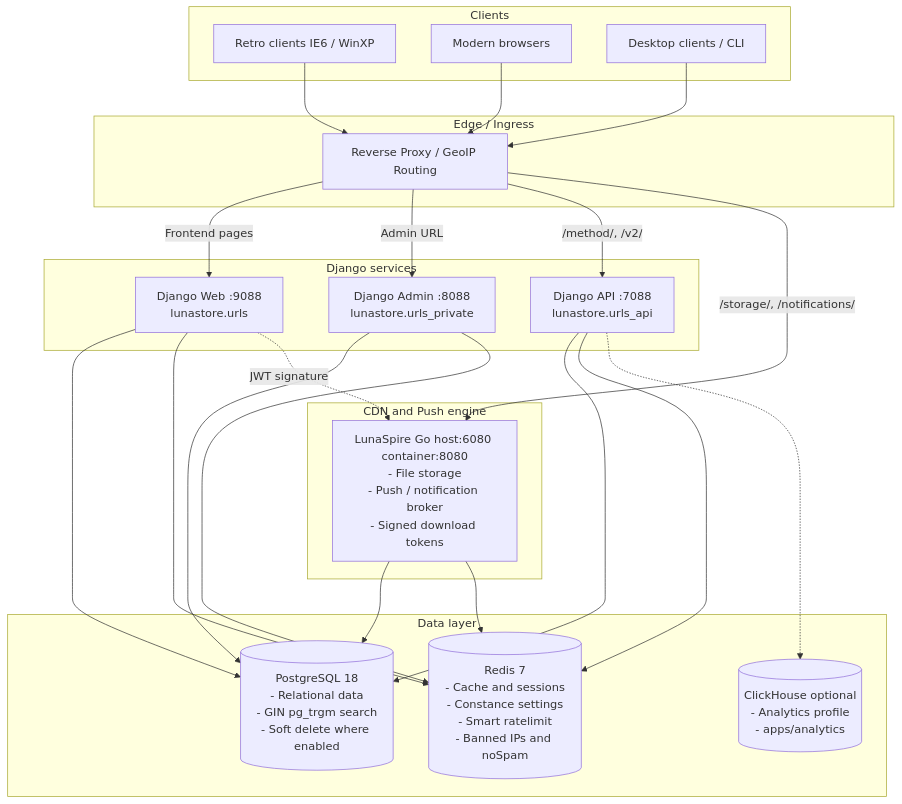
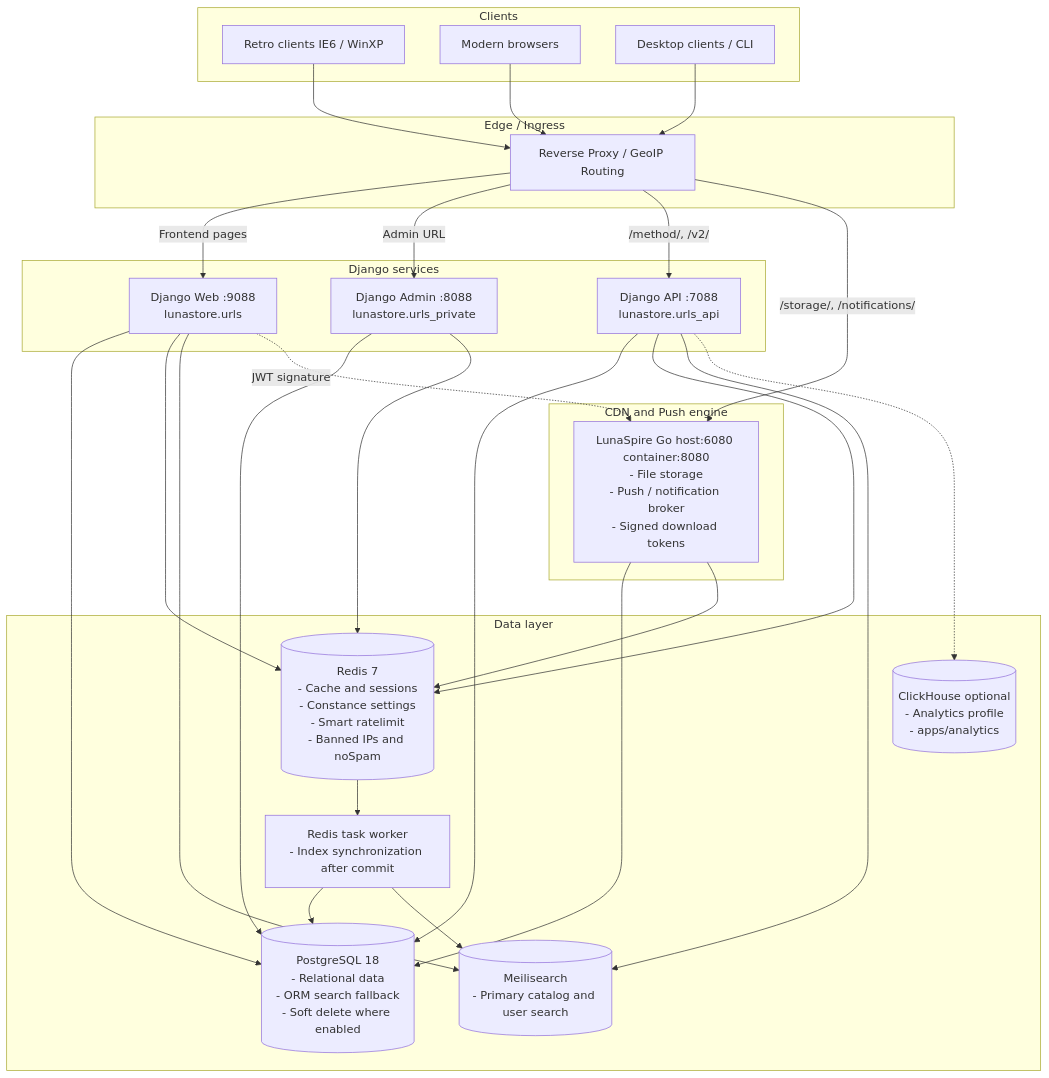
The first of 2 diagrams in .agents/skills/lunastore/references/architecture.md (DanielMTeam/lunastore), drawn with Mermaid before and after one commit. The commit also changed other lines of this file and 22 other files, not shown here.

First line of the commit message:
refactor(search): meilisearch (#82)

````diff
--- a/.agents/skills/lunastore/references/architecture.md
+++ b/.agents/skills/lunastore/references/architecture.md
@@ -11,50 +11,57 @@
 ```mermaid
 flowchart TD
     subgraph Clients["Clients"]
         Retro["Retro clients IE6 / WinXP"]
         Modern["Modern browsers"]
         Desktop["Desktop clients / CLI"]
     end
 
     subgraph Edge["Edge / Ingress"]
         Nginx["Reverse Proxy / GeoIP Routing"]
     end
 
     subgraph DjangoServices["Django services"]
         WebSvc["Django Web :9088<br/>lunastore.urls"]
         AdminSvc["Django Admin :8088<br/>lunastore.urls_private"]
         ApiSvc["Django API :7088<br/>lunastore.urls_api"]
     end
 
     subgraph ExternalEngine["CDN and Push engine"]
         LunaSpire["LunaSpire Go host:6080 container:8080<br/>- File storage<br/>- Push / notification broker<br/>- Signed download tokens"]
     end
 
     subgraph Storage["Data layer"]
-        PG[("PostgreSQL 18<br/>- Relational data<br/>- GIN pg_trgm search<br/>- Soft delete where enabled")]
+        PG[("PostgreSQL 18<br/>- Relational data<br/>- ORM search fallback<br/>- Soft delete where enabled")]
+        Meili[("Meilisearch<br/>- Primary catalog and user search")]
+        Worker["Redis task worker<br/>- Index synchronization after commit"]
         Redis[("Redis 7<br/>- Cache and sessions<br/>- Constance settings<br/>- Smart ratelimit<br/>- Banned IPs and noSpam")]
         CH[("ClickHouse optional<br/>- Analytics profile<br/>- apps/analytics")]
     end
 
     Retro --> Nginx
     Modern --> Nginx
     Desktop --> Nginx
 
     Nginx -->|Frontend pages| WebSvc
     Nginx -->|Admin URL| AdminSvc
     Nginx -->|/method/, /v2/| ApiSvc
     Nginx -->|/storage/, /notifications/| LunaSpire
 
     WebSvc --> PG
     AdminSvc --> PG
     ApiSvc --> PG
 
     WebSvc --> Redis
     AdminSvc --> Redis
     ApiSvc --> Redis
+    WebSvc --> Meili
+    ApiSvc --> Meili
+    Redis --> Worker
+    Worker --> PG
+    Worker --> Meili
 
     WebSvc -.JWT signature.-> LunaSpire
     LunaSpire --> PG
     LunaSpire --> Redis
     ApiSvc -.-> CH
 ```
````
